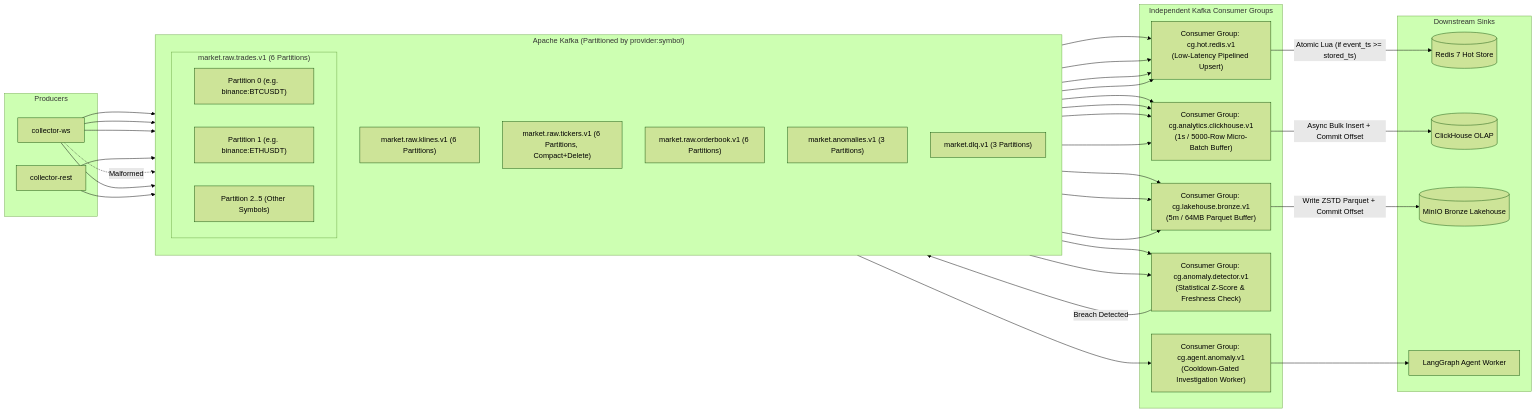
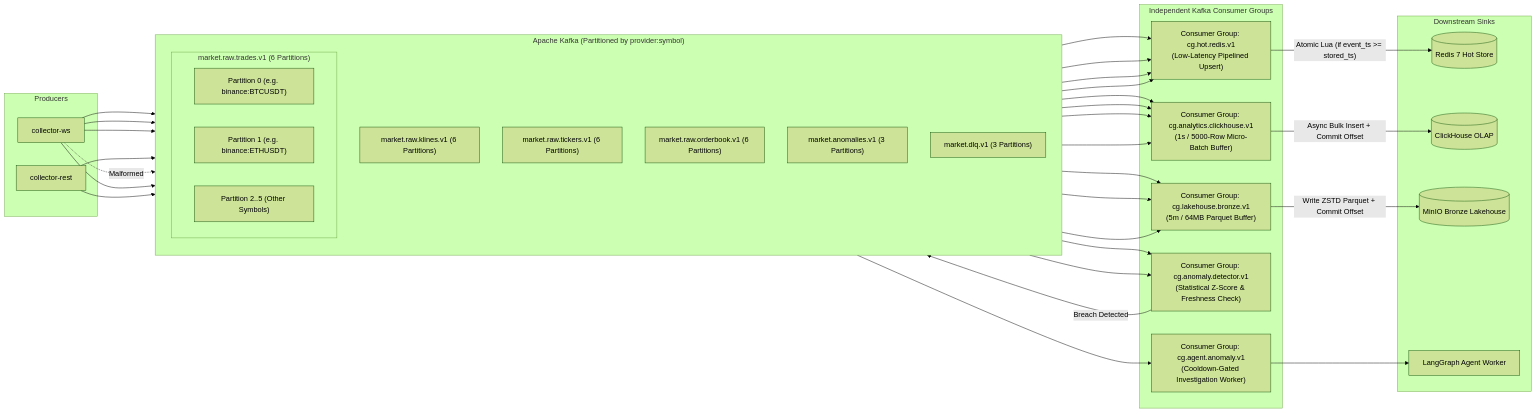
One commit to DungTran1201/FinancialMarketDataPlatform changed the diagram in docs/diagrams/data-platform/06-event-streaming.md. Above: the diagram before and after it, drawn with Mermaid (forest theme). The commit also changed 29 other files, not shown here.

First line of the commit message:
docs(DOCS-003): resolve documentation consistency and architecture alignment

````diff
--- a/docs/diagrams/data-platform/06-event-streaming.md
+++ b/docs/diagrams/data-platform/06-event-streaming.md
@@ -13,51 +13,51 @@
 ```mermaid
 flowchart LR
     subgraph Producers["Producers"]
         WSCol["collector-ws"]
         RESTCol["collector-rest"]
     end
 
     subgraph KafkaBroker["Apache Kafka (Partitioned by provider:symbol)"]
         direction TB
         subgraph TopicTrades["market.raw.trades.v1 (6 Partitions)"]
             P0["Partition 0 (e.g. binance:BTCUSDT)"]
             P1["Partition 1 (e.g. binance:ETHUSDT)"]
             PN["Partition 2..5 (Other Symbols)"]
         end
         TopicKlines["market.raw.klines.v1 (6 Partitions)"]
-        TopicTickers["market.raw.tickers.v1 (6 Partitions, Compact+Delete)"]
+        TopicTickers["market.raw.tickers.v1 (6 Partitions)"]
         TopicBook["market.raw.orderbook.v1 (6 Partitions)"]
         TopicAnomaly["market.anomalies.v1 (3 Partitions)"]
         TopicDLQ["market.dlq.v1 (3 Partitions)"]
     end
 
     subgraph ConsumerGroups["Independent Kafka Consumer Groups"]
         CGHot["Consumer Group: cg.hot.redis.v1<br/>(Low-Latency Pipelined Upsert)"]
         CGCH["Consumer Group: cg.analytics.clickhouse.v1<br/>(1s / 5000-Row Micro-Batch Buffer)"]
         CGBronze["Consumer Group: cg.lakehouse.bronze.v1<br/>(5m / 64MB Parquet Buffer)"]
         CGAnomaly["Consumer Group: cg.anomaly.detector.v1<br/>(Statistical Z-Score & Freshness Check)"]
         CGAgent["Consumer Group: cg.agent.anomaly.v1<br/>(Cooldown-Gated Investigation Worker)"]
     end
 
     subgraph Sinks["Downstream Sinks"]
         Redis[("Redis 7 Hot Store")]
         ClickHouse[("ClickHouse OLAP")]
         MinIO[("MinIO Bronze Lakehouse")]
         AgentWorker["LangGraph Agent Worker"]
     end
 
     WSCol --> TopicTrades & TopicKlines & TopicTickers & TopicBook
     RESTCol --> TopicTrades & TopicKlines
     WSCol -.->|"Malformed"| TopicDLQ
 
     TopicTrades & TopicKlines & TopicTickers & TopicBook --> CGHot
     TopicTrades & TopicKlines & TopicTickers & TopicBook --> CGCH
     TopicTrades & TopicKlines & TopicBook --> CGBronze
     TopicKlines & TopicTickers --> CGAnomaly
 
     CGHot -->|"Atomic Lua (if event_ts >= stored_ts)"| Redis
     CGCH -->|"Async Bulk Insert + Commit Offset"| ClickHouse
     CGBronze -->|"Write ZSTD Parquet + Commit Offset"| MinIO
     CGAnomaly -->|"Breach Detected"| TopicAnomaly
     TopicAnomaly --> CGAgent --> AgentWorker
 ```
````
